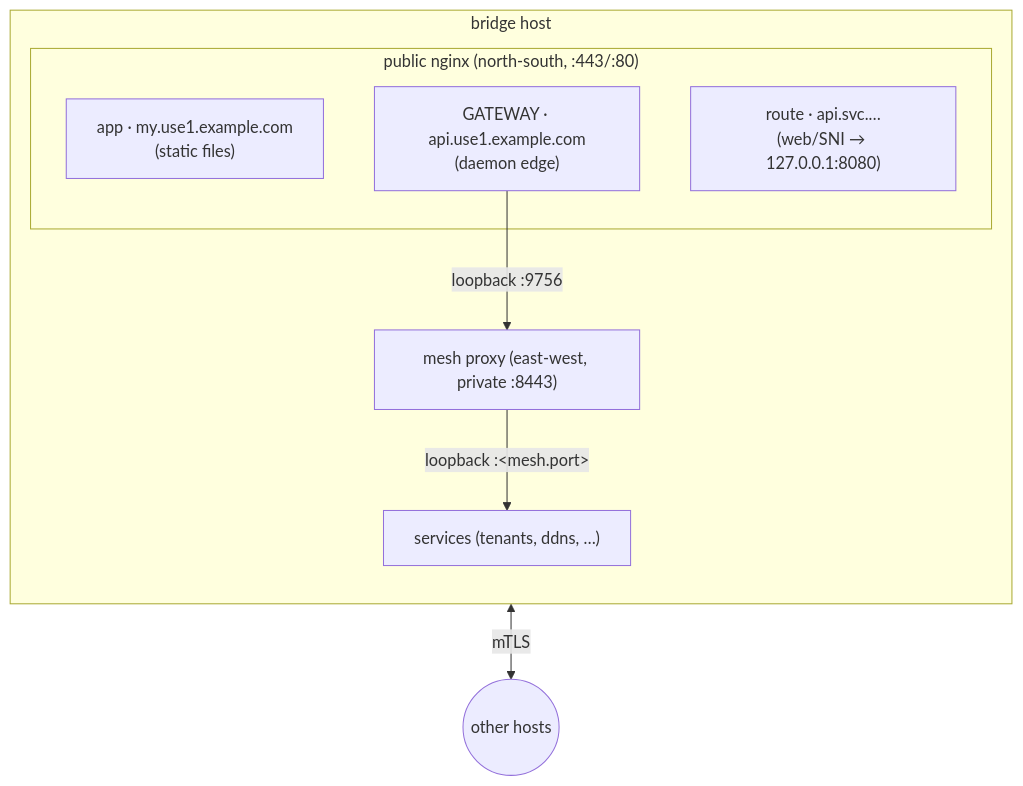
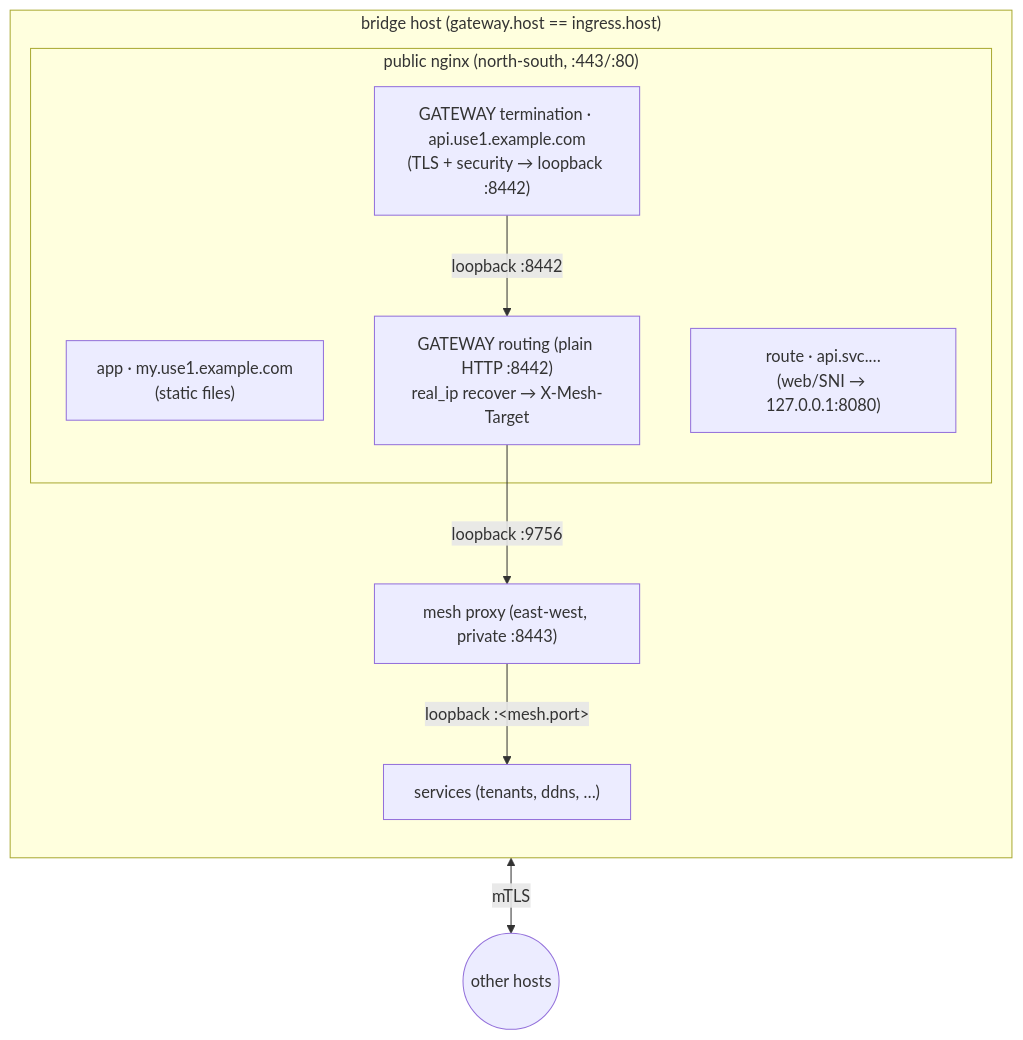
The second of 3 diagrams in website/docs/resources/gateway.md (wardnet/inforge), drawn with Mermaid before and after one commit. The commit also changed other lines of this file and 19 other files, not shown here.

Commit message:
feat(gateway): make the gateway private, fronted by an ingress (ADR-0045) (#246)

````diff
--- a/website/docs/resources/gateway.md
+++ b/website/docs/resources/gateway.md
@@ -101,17 +119,19 @@
 ```mermaid
 flowchart TB
-    subgraph bridge ["bridge host"]
+    subgraph bridge ["bridge host (gateway.host == ingress.host)"]
         direction TB
         subgraph nginx1 ["public nginx (north-south, :443/:80)"]
             app["app · my.use1.example.com<br/>(static files)"]
             route["route · api.svc.…<br/>(web/SNI → 127.0.0.1:8080)"]
-            gw["GATEWAY · api.use1.example.com<br/>(daemon edge)"]
+            term["GATEWAY termination · api.use1.example.com<br/>(TLS + security → loopback :8442)"]
+            gwroute["GATEWAY routing (plain HTTP :8442)<br/>real_ip recover → X-Mesh-Target"]
         end
         mesh["mesh proxy (east-west, private :8443)"]
         svcs["services (tenants, ddns, …)"]
-        gw -- "loopback :9756" --> mesh
+        term -- "loopback :8442" --> gwroute
+        gwroute -- "loopback :9756" --> mesh
         mesh -- "loopback :&lt;mesh.port&gt;" --> svcs
     end
     peers(("other hosts"))
     mesh <-- "mTLS" --> peers
 ```
````
